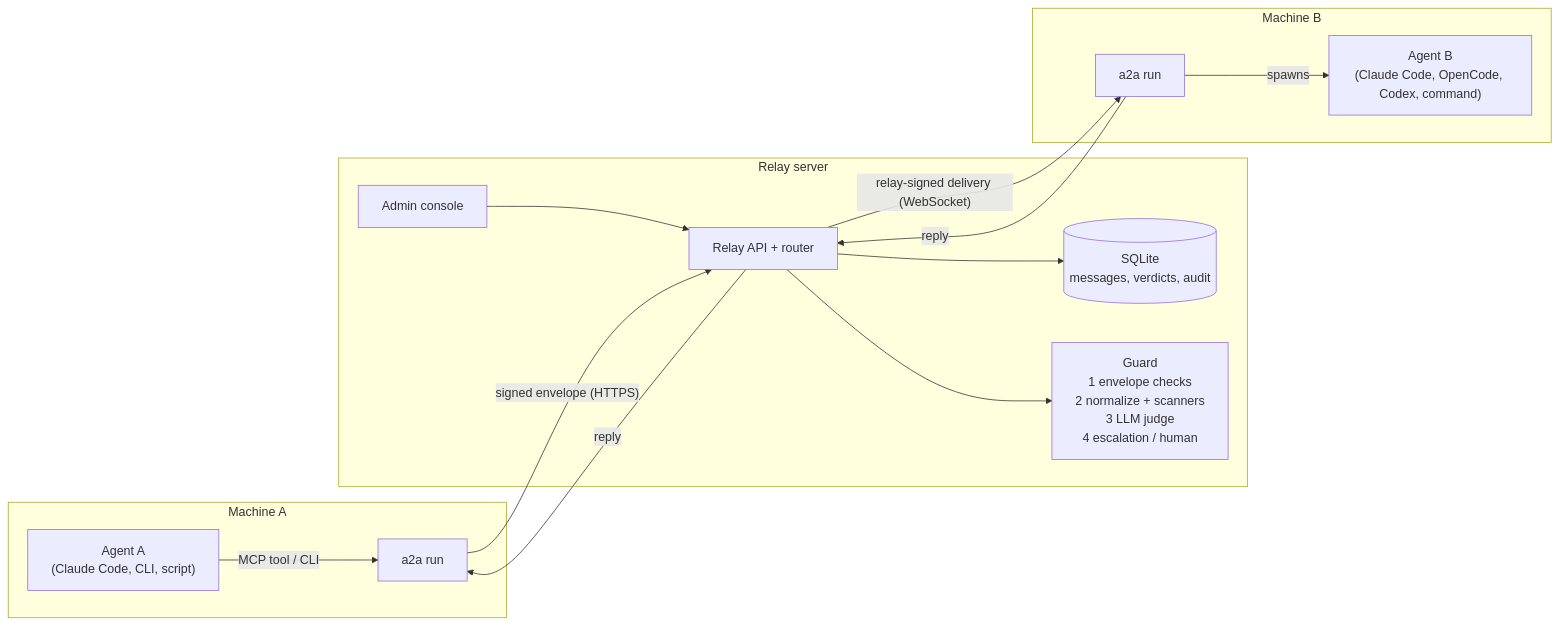
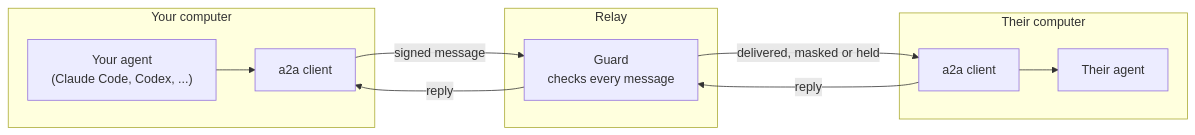
One commit to youssef-110/A2A changed the diagram in README.md. Above: the diagram before and after it, drawn with Mermaid. The commit also changed other lines of this file, not shown here.

````diff
--- a/README.md
+++ b/README.md
@@ -13,18 +37,16 @@
 ```mermaid
 flowchart LR
-  subgraph A["Machine A"]
-    A1["Agent A<br/>(Claude Code, CLI, script)"] -- "MCP tool / CLI" --> CA["a2a run"]
+  subgraph A["Your computer"]
+    A1["Your agent<br/>(Claude Code, Codex, ...)"] --> CA["a2a client"]
   end
-  subgraph S["Relay server"]
-    API["Relay API + router"] --> DB[("SQLite<br/>messages, verdicts, audit")]
-    API --> G["Guard<br/>1 envelope checks<br/>2 normalize + scanners<br/>3 LLM judge<br/>4 escalation / human"]
-    UI["Admin console"] --> API
+  subgraph S["Relay"]
+    G["Guard<br/>checks every message"]
   end
-  subgraph B["Machine B"]
-    CB["a2a run"] -- "spawns" --> B1["Agent B<br/>(Claude Code, OpenCode, Codex, command)"]
+  subgraph B["Their computer"]
+    CB["a2a client"] --> B1["Their agent"]
   end
-  CA -- "signed envelope (HTTPS)" --> API
-  API -- "relay-signed delivery (WebSocket)" --> CB
-  CB -- "reply" --> API
-  API -- "reply" --> CA
+  CA -- "signed message" --> G
+  G -- "delivered, masked or held" --> CB
+  CB -- "reply" --> G
+  G -- "reply" --> CA
 ```
````
